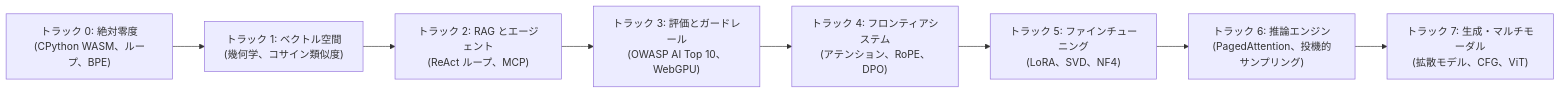
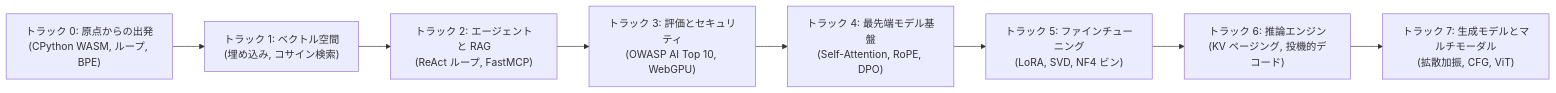
The first of 2 diagrams in docs/translations/README_ja.md (Adilrafiq001/OpenGuideForAI), drawn with Mermaid before and after one commit. The commit also changed other lines of this file and 19 other files, not shown here.

````diff
--- a/docs/translations/README_ja.md
+++ b/docs/translations/README_ja.md
@@ -110,13 +74,13 @@
 ```mermaid
 graph LR
-    T0["トラック 0: 絶対零度<br/>(CPython WASM、ループ、BPE)"]
-    T1["トラック 1: ベクトル空間<br/>(幾何学、コサイン類似度)"]
-    T2["トラック 2: RAG とエージェント<br/>(ReAct ループ、MCP)"]
-    T3["トラック 3: 評価とガードレール<br/>(OWASP AI Top 10、WebGPU)"]
-    T4["トラック 4: フロンティアシステム<br/>(アテンション、RoPE、DPO)"]
-    T5["トラック 5: ファインチューニング<br/>(LoRA、SVD、NF4)"]
-    T6["トラック 6: 推論エンジン<br/>(PagedAttention、投機的サンプリング)"]
-    T7["トラック 7: 生成・マルチモーダル<br/>(拡散モデル、CFG、ViT)"]
+    T0["トラック 0: 原点からの出発<br/>(CPython WASM, ループ, BPE)"]
+    T1["トラック 1: ベクトル空間<br/>(埋め込み, コサイン検索)"]
+    T2["トラック 2: エージェントと RAG<br/>(ReAct ループ, FastMCP)"]
+    T3["トラック 3: 評価とセキュリティ<br/>(OWASP AI Top 10, WebGPU)"]
+    T4["トラック 4: 最先端モデル基盤<br/>(Self-Attention, RoPE, DPO)"]
+    T5["トラック 5: ファインチューニング<br/>(LoRA, SVD, NF4 ビン)"]
+    T6["トラック 6: 推論エンジン<br/>(KV ページング, 投機的デコード)"]
+    T7["トラック 7: 生成モデルとマルチモーダル<br/>(拡散加振, CFG, ViT)"]
 
     T0 --> T1 --> T2 --> T3 --> T4 --> T5 --> T6 --> T7
 ```
````
